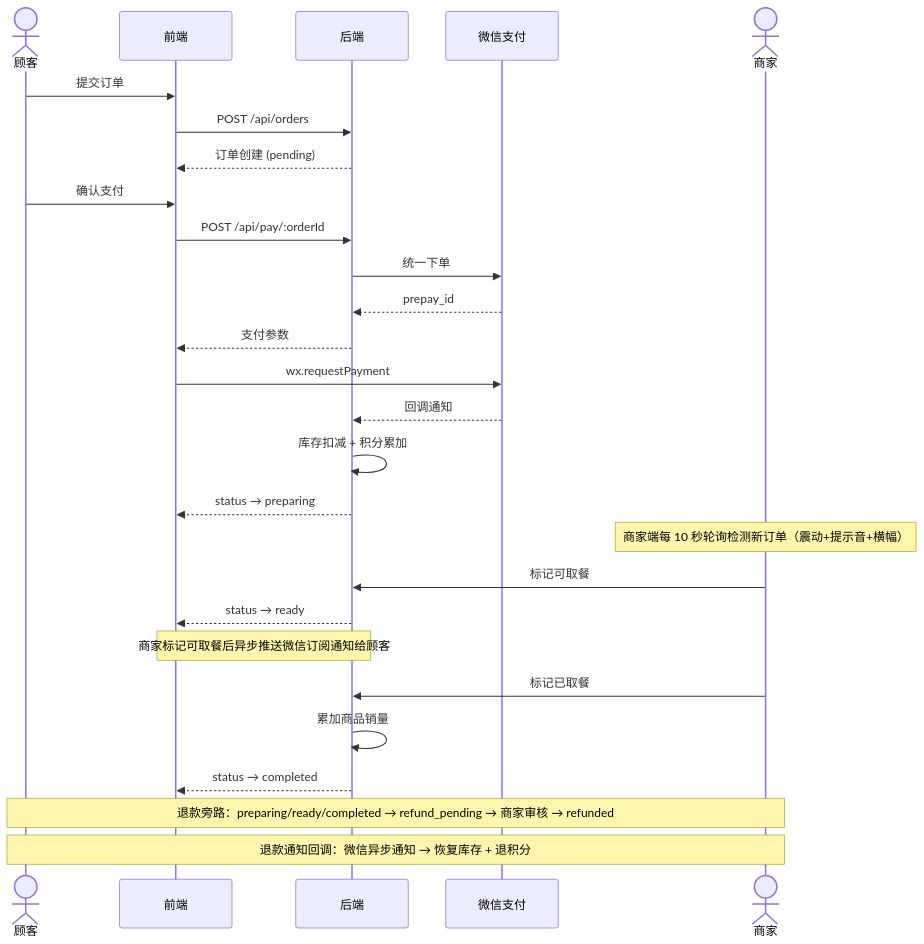
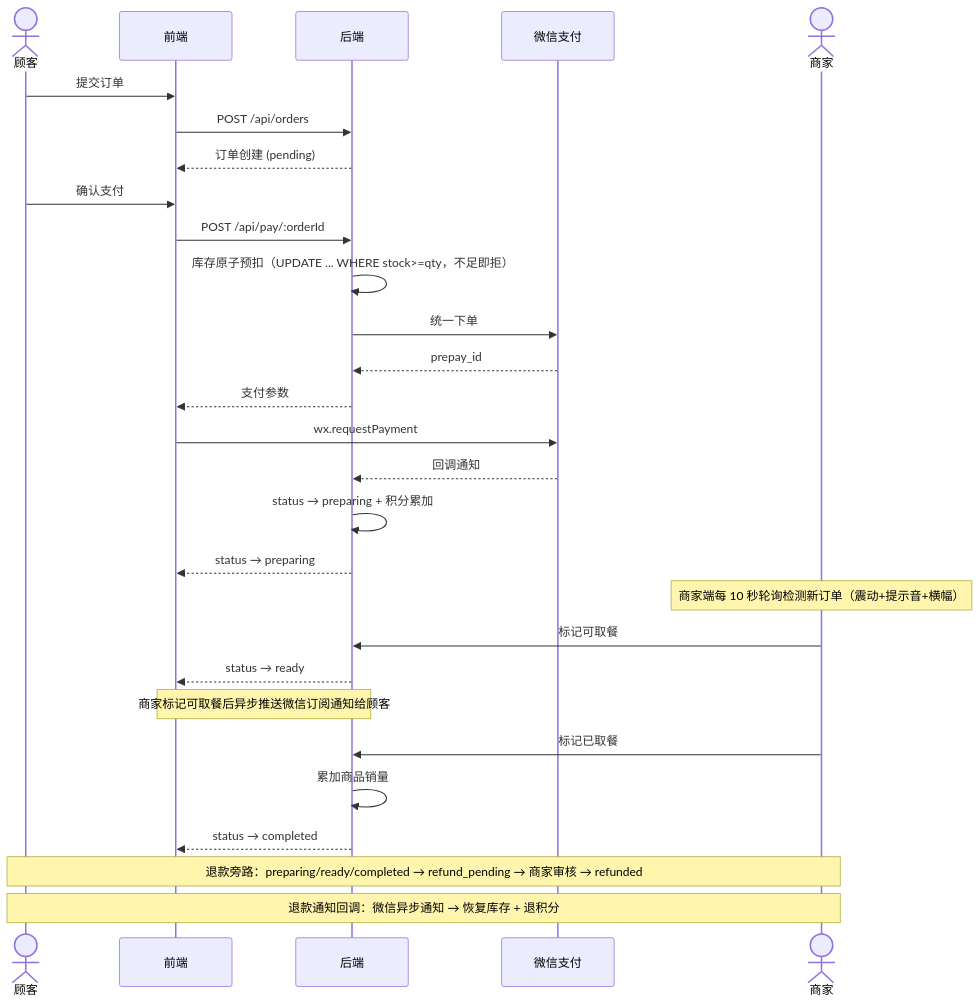
Before and after one commit to zip-Wu/tasty_bakery: the second of 3 diagrams in README.md, drawn with Mermaid. The commit also changed other lines of this file and 5 other files, not shown here.

````diff
--- a/README.md
+++ b/README.md
@@ -135,36 +135,37 @@
 ```mermaid
 sequenceDiagram
     actor 顾客
     participant 前端
     participant 后端
     participant 微信支付
     actor 商家
 
     顾客->>前端: 提交订单
     前端->>后端: POST /api/orders
     后端-->>前端: 订单创建 (pending)
 
     顾客->>前端: 确认支付
     前端->>后端: POST /api/pay/:orderId
+    后端->>后端: 库存原子预扣（UPDATE ... WHERE stock>=qty，不足即拒）
     后端->>微信支付: 统一下单
     微信支付-->>后端: prepay_id
     后端-->>前端: 支付参数
     前端->>微信支付: wx.requestPayment
     微信支付-->>后端: 回调通知
-    后端->>后端: 库存扣减 + 积分累加
+    后端->>后端: status → preparing + 积分累加
     后端-->>前端: status → preparing
 
     Note over 商家: 商家端每 10 秒轮询检测新订单（震动+提示音+横幅）
 
     商家->>后端: 标记可取餐
     后端-->>前端: status → ready
 
     Note over 前端,后端: 商家标记可取餐后异步推送微信订阅通知给顾客
 
     商家->>后端: 标记已取餐
     后端->>后端: 累加商品销量
     后端-->>前端: status → completed
 
     Note over 顾客,商家: 退款旁路：preparing/ready/completed → refund_pending → 商家审核 → refunded
     Note over 顾客,商家: 退款通知回调：微信异步通知 → 恢复库存 + 退积分
 ```
````
